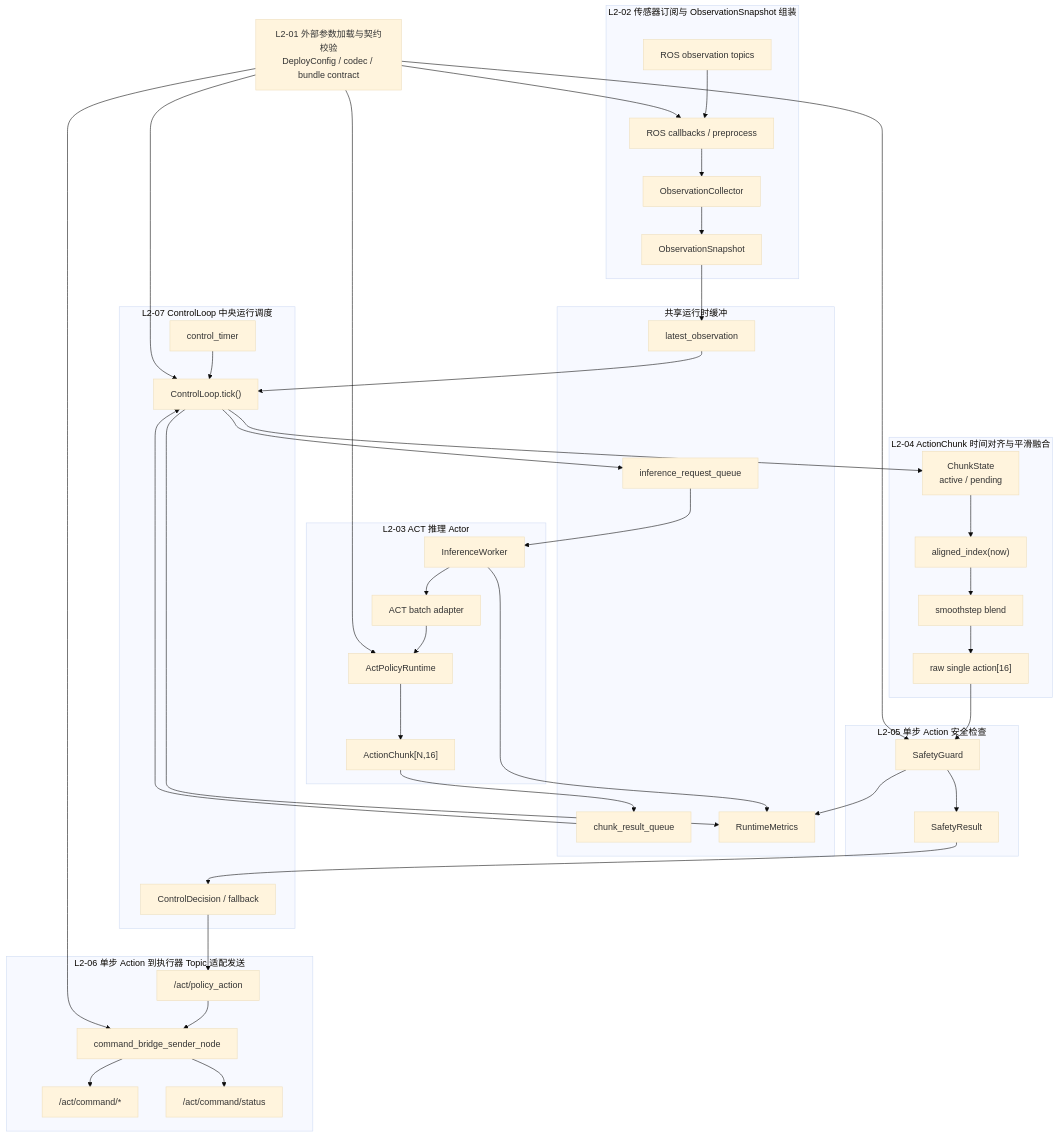
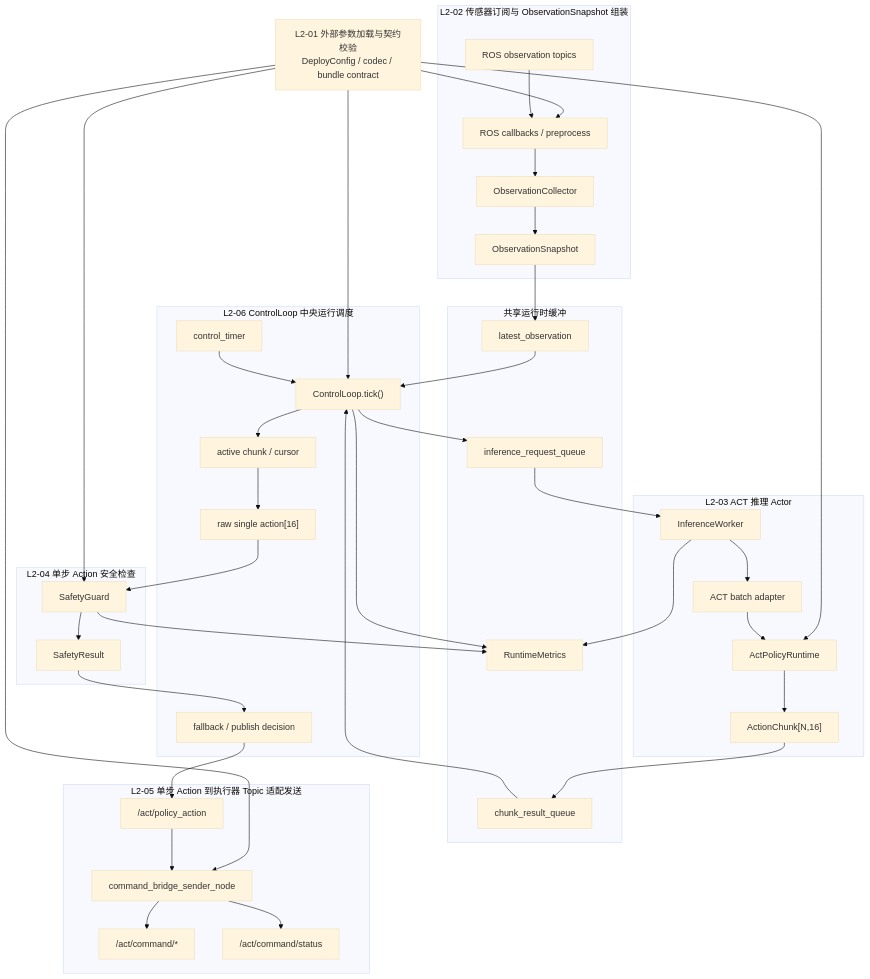
One commit to jack-z36/ROS changed the first of 7 diagrams in DOCS/03_工程/阶段四：模型部署/02_implement/02_L1_ACT功能模块协作架构.md. Above: the diagram before and after it, drawn with Mermaid (base theme). The commit also changed other lines of this file and 21 other files, not shown here.

````diff
--- a/DOCS/03_工程/阶段四：模型部署/02_implement/02_L1_ACT功能模块协作架构.md
+++ b/DOCS/03_工程/阶段四：模型部署/02_implement/02_L1_ACT功能模块协作架构.md
@@ -79,70 +81,65 @@
 ```mermaid
 flowchart TB
     P["L2-01 外部参数加载与契约校验<br/>DeployConfig / codec / bundle contract"]
 
     subgraph OBS["L2-02 传感器订阅与 ObservationSnapshot 组装"]
         ROSIN["ROS observation topics"]
         CB["ROS callbacks / preprocess"]
         OC["ObservationCollector"]
         SNAP["ObservationSnapshot"]
     end
 
     subgraph BUF["共享运行时缓冲"]
         LATEST["latest_observation"]
         REQ["inference_request_queue"]
         RES["chunk_result_queue"]
         MET["RuntimeMetrics"]
     end
 
     subgraph INF["L2-03 ACT 推理 Actor"]
         IW["InferenceWorker"]
         RT["ActPolicyRuntime"]
         BATCH["ACT batch adapter"]
         CHUNK["ActionChunk[N,16]"]
     end
 
-    subgraph SMOOTH["L2-04 ActionChunk 时间对齐与平滑融合"]
-        CS["ChunkState<br/>active / pending"]
-        ALIGN["aligned_index(now)"]
-        BLEND["smoothstep blend"]
-        RAW["raw single action[16]"]
-    end
-
-    subgraph SAFE["L2-05 单步 Action 安全检查"]
+    subgraph SAFE["L2-04 单步 Action 安全检查"]
         SG["SafetyGuard"]
         SR["SafetyResult"]
     end
 
-    subgraph OUT["L2-06 单步 Action 到执行器 Topic 适配发送"]
+    subgraph OUT["L2-05 单步 Action 到执行器 Topic 适配发送"]
         PA["/act/policy_action"]
         BR["command_bridge_sender_node"]
         CMD["/act/command/*"]
         CST["/act/command/status"]
     end
 
-    subgraph CTRL["L2-07 ControlLoop 中央运行调度"]
+    subgraph CTRL["L2-06 ControlLoop 中央运行调度"]
         TIMER["control_timer"]
         TICK["ControlLoop.tick()"]
-        DEC["ControlDecision / fallback"]
+        CS["active chunk / cursor"]
+        RAW["raw single action[16]"]
+        DEC["fallback / publish decision"]
     end
 
     P --> CB
     P --> RT
     P --> SG
     P --> TICK
     P --> BR
 
     ROSIN --> CB --> OC --> SNAP --> LATEST
 
     TIMER --> TICK
     LATEST --> TICK
     TICK --> REQ
     REQ --> IW --> BATCH --> RT --> CHUNK --> RES
     RES --> TICK
-    TICK --> CS --> ALIGN --> BLEND --> RAW --> SG --> SR --> DEC
+    TICK --> CS --> RAW --> SG --> SR --> DEC
     DEC --> PA --> BR --> CMD
     BR --> CST
     TICK --> MET
     IW --> MET
     SG --> MET
 ```
````
